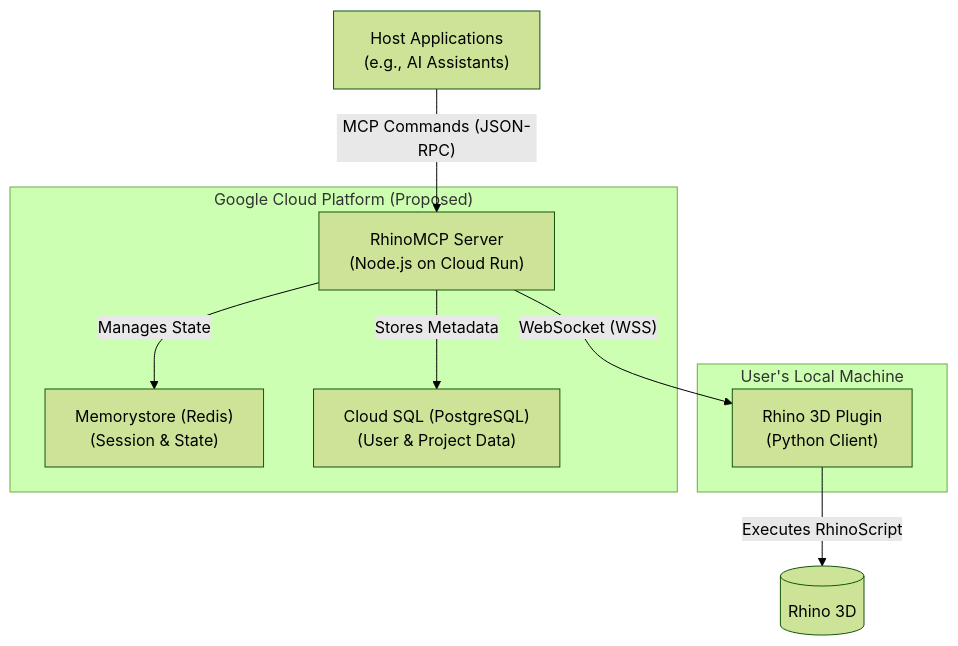
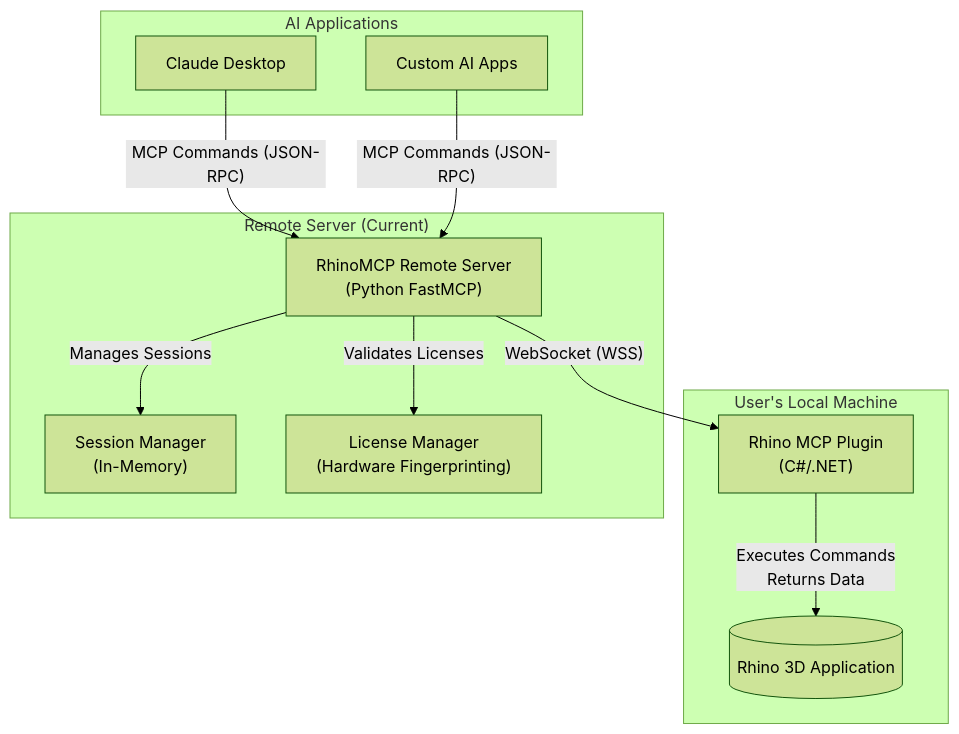
One commit to reer-ide/rhino_mcp_remote changed the diagram in README.md. Above: the diagram before and after it, drawn with Mermaid (forest theme). The commit also changed other lines of this file and 11 other files, not shown here.

````diff
--- a/README.md
+++ b/README.md
@@ -37,18 +36,25 @@
 ```mermaid
 graph TD
     subgraph "User's Local Machine"
-        RhinoPlugin["Rhino 3D Plugin<br/>(Python Client)"]
+        RhinoPlugin["Rhino MCP Plugin<br/>(C#/.NET)"]
+        RhinoApp[("Rhino 3D Application")]
     end
 
-    subgraph "Google Cloud Platform (Proposed)"
-        Server["RhinoMCP Server<br/>(Node.js on Cloud Run)"]
-        Redis["Memorystore (Redis)<br/>(Session & State)"]
-        Postgres["Cloud SQL (PostgreSQL)<br/>(User & Project Data)"]
+    subgraph "Remote Server (Current)"
+        Server["RhinoMCP Remote Server<br/>(Python FastMCP)"]
+        SessionMgr["Session Manager<br/>(In-Memory)"]
+        LicenseMgr["License Manager<br/>(Hardware Fingerprinting)"]
     end
 
-    HostApp["Host Applications<br/>(e.g., AI Assistants)"] -- "MCP Commands (JSON-RPC)" --> Server
+    subgraph "AI Applications"
+        Claude["Claude Desktop"]
+        CustomAI["Custom AI Apps"]
+    end
+
+    Claude -- "MCP Commands (JSON-RPC)" --> Server
+    CustomAI -- "MCP Commands (JSON-RPC)" --> Server
     Server -- "WebSocket (WSS)" --> RhinoPlugin
-    RhinoPlugin -- "Executes RhinoScript" --> Rhino3D[("Rhino 3D")]
-    Server -- "Manages State" --> Redis
-    Server -- "Stores Metadata" --> Postgres
+    RhinoPlugin -- "Executes Commands<br/>Returns Data" --> RhinoApp
+    Server -- "Manages Sessions" --> SessionMgr
+    Server -- "Validates Licenses" --> LicenseMgr
 ```
````
